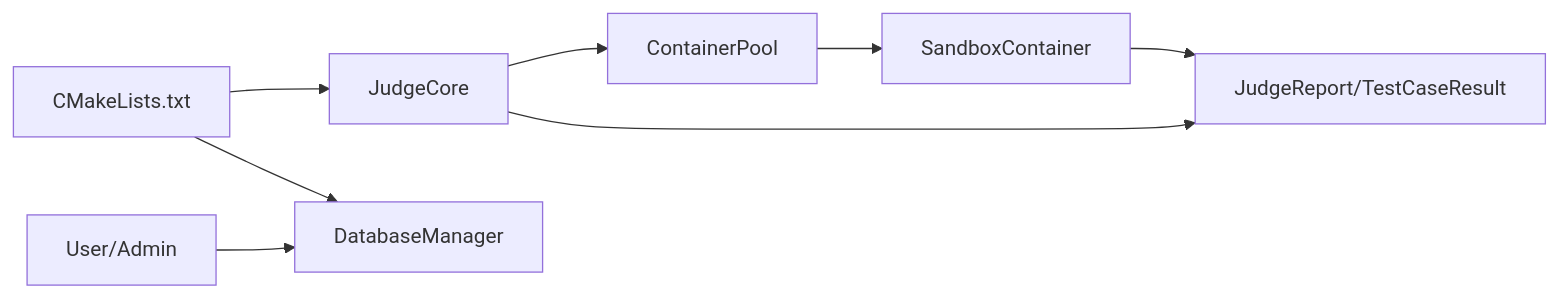
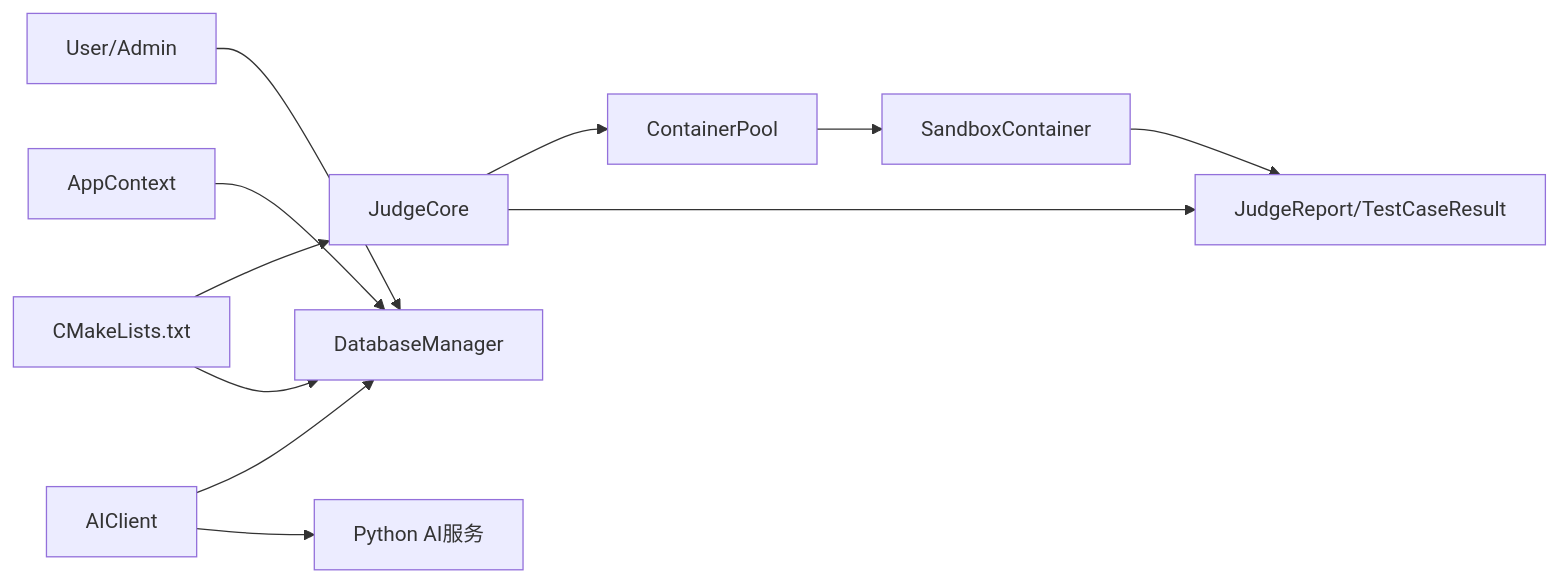
The eighth of 8 diagrams in .qoder/repowiki/zh/content/代码评测系统/代码评测系统.md (jinpeng900/OJ-Test), drawn with Mermaid before and after one commit. The commit also changed other lines of this file and 8 other files, not shown here.

````diff
--- a/.qoder/repowiki/zh/content/代码评测系统/代码评测系统.md
+++ b/.qoder/repowiki/zh/content/代码评测系统/代码评测系统.md
@@ -281,10 +390,13 @@
 ```mermaid
 graph LR
 JC["JudgeCore"] --> CP["ContainerPool"]
 CP --> SC["SandboxContainer"]
 JC --> JR["JudgeReport/TestCaseResult"]
 SC --> JR
 U["User/Admin"] --> DB["DatabaseManager"]
+AC["AppContext"] --> DB
+AIC["AIClient"] --> DB
+AIC --> PY["Python AI服务"]
 Build["CMakeLists.txt"] --> JC
 Build --> DB
 ```
````
